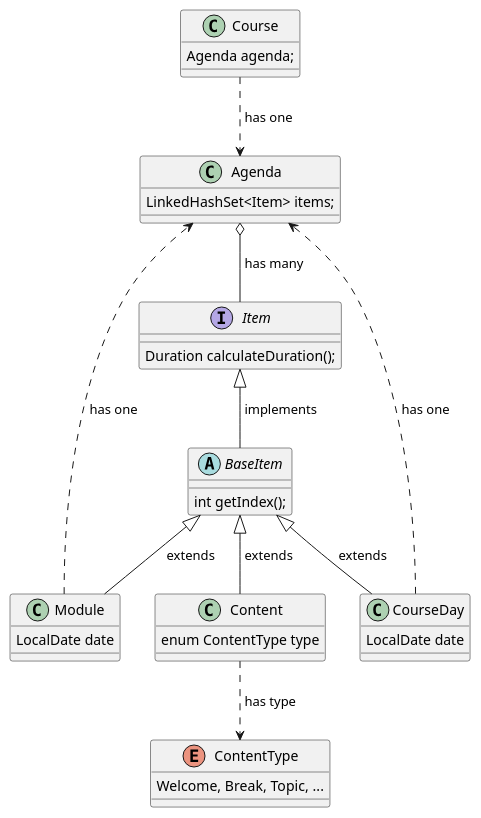
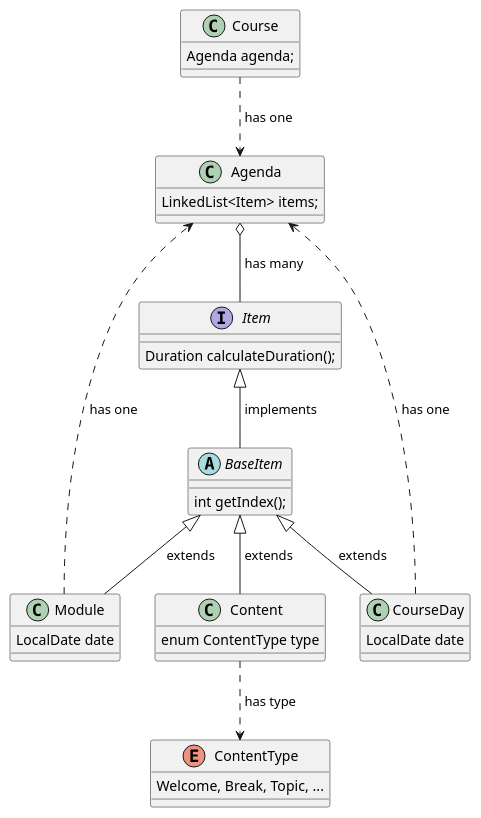
Before and after one commit to ThorstenEckstein/programmierung2-W3WI-109-ss24: the diagram in module-course-model/docs/diagrams/course-model.v2.puml, drawn with PlantUML. The commit also changed 14 other files, not shown here.

```diff
--- a/module-course-model/docs/diagrams/course-model.v2.puml
+++ b/module-course-model/docs/diagrams/course-model.v2.puml
@@ -1,44 +1,44 @@
 @startuml
 'https://plantuml.com/class-diagram
 
 skinparam groupInheritance 1
 
 scale 1.0
 
 class Course {
   Agenda agenda;
 }
 class Agenda {
-  LinkedHashSet<Item> items;
+  LinkedList<Item> items;
 }
 interface Item {
   Duration calculateDuration();
 }
 abstract class BaseItem {
   int getIndex();
 }
 class CourseDay {
   LocalDate date
 }
 class Module {
   LocalDate date
 }
 class Content {
   enum ContentType type
 }
 enum ContentType {
   Welcome, Break, Topic, ...
 }
 
 Course      ..>     Agenda       : " has one"
 CourseDay   ..>     Agenda       : " has one"
 Module      ..>     Agenda       : " has one"
 Agenda      o--     Item         : " has many"
 Item        <|--    BaseItem     : " implements"
 
 BaseItem    <|--    CourseDay    : " extends"
 BaseItem    <|--    Module       : " extends"
 BaseItem    <|--    Content      : " extends"
 Content     ..>     ContentType  : " has type"
 
 @enduml
```
